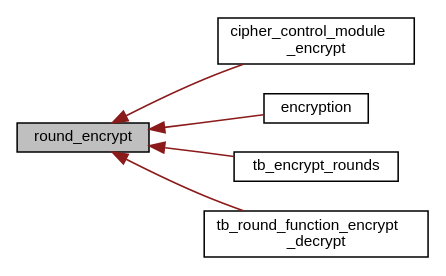
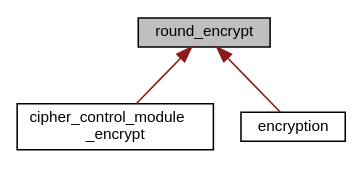
Before and after one commit to FlorianFrank/SPECK_Cipher_Verilog: the diagram in d3/db5/enumround__encrypt__inherit__graph.dot, drawn with Graphviz. The commit also changed 161 other files, not shown here.

```diff
--- a/d3/db5/enumround__encrypt__inherit__graph.dot
+++ b/d3/db5/enumround__encrypt__inherit__graph.dot
@@ -1,16 +1,11 @@
 digraph "round_encrypt"
 {
  // INTERACTIVE_SVG=YES
   edge [fontname="Helvetica",fontsize="10",labelfontname="Helvetica",labelfontsize="10"];
   node [fontname="Helvetica",fontsize="10",shape=record];
-  rankdir="LR";
   Node0 [label="round_encrypt",height=0.2,width=0.4,color="black", fillcolor="grey75", style="filled", fontcolor="black"];
   Node0 -> Node1 [dir="back",color="firebrick4",fontsize="10",style="solid",fontname="Helvetica"];
   Node1 [label="cipher_control_module\l_encrypt",height=0.2,width=0.4,color="black", fillcolor="white", style="filled",URL="$df/d49/enumcipher__control__module__encrypt.html"];
   Node0 -> Node2 [dir="back",color="firebrick4",fontsize="10",style="solid",fontname="Helvetica"];
   Node2 [label="encryption",height=0.2,width=0.4,color="black", fillcolor="white", style="filled",URL="$d3/d48/enumencryption.html"];
-  Node0 -> Node3 [dir="back",color="firebrick4",fontsize="10",style="solid",fontname="Helvetica"];
-  Node3 [label="tb_encrypt_rounds",height=0.2,width=0.4,color="black", fillcolor="white", style="filled",URL="$d6/dbf/enumtb__encrypt__rounds.html"];
-  Node0 -> Node4 [dir="back",color="firebrick4",fontsize="10",style="solid",fontname="Helvetica"];
-  Node4 [label="tb_round_function_encrypt\l_decrypt",height=0.2,width=0.4,color="black", fillcolor="white", style="filled",URL="$de/d77/enumtb__round__function__encrypt__decrypt.html"];
 }
```
